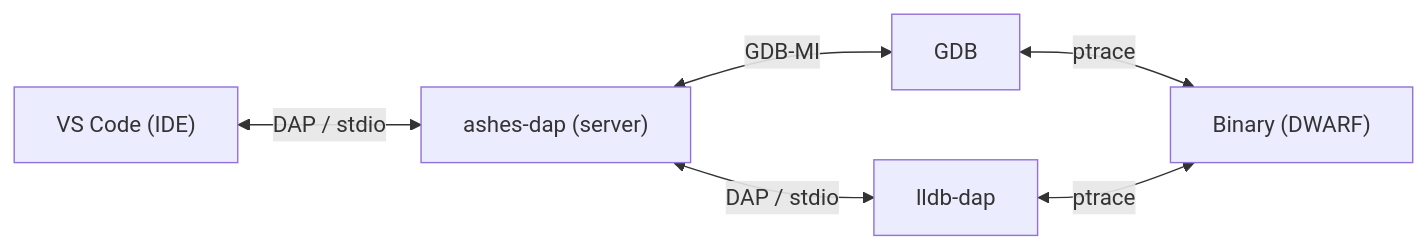
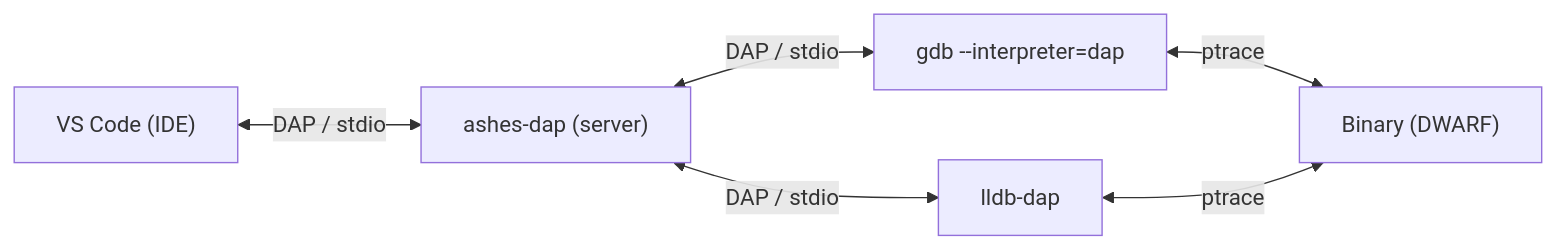
One commit to MattiasHognas/Ashes changed the diagram in docs/md/guide/debugging.md. Above: the diagram before and after it, drawn with Mermaid. The commit also changed other lines of this file and 14 other files, not shown here.

First line of the commit message:
feat(dap): unify gdb and lldb on DAP; fix debug info for imports

````diff
--- a/docs/md/guide/debugging.md
+++ b/docs/md/guide/debugging.md
@@ -541,8 +547,8 @@
 ```mermaid
 flowchart LR
     vscode["VS Code (IDE)"] <-->|"DAP / stdio"| dap["ashes-dap (server)"]
-    dap <-->|"GDB-MI"| gdb["GDB"]
+    dap <-->|"DAP / stdio"| gdb["gdb --interpreter=dap"]
     dap <-->|"DAP / stdio"| lldbdap["lldb-dap"]
     gdb <-->|"ptrace"| bin["Binary (DWARF)"]
     lldbdap <-->|"ptrace"| bin
 ```
````
